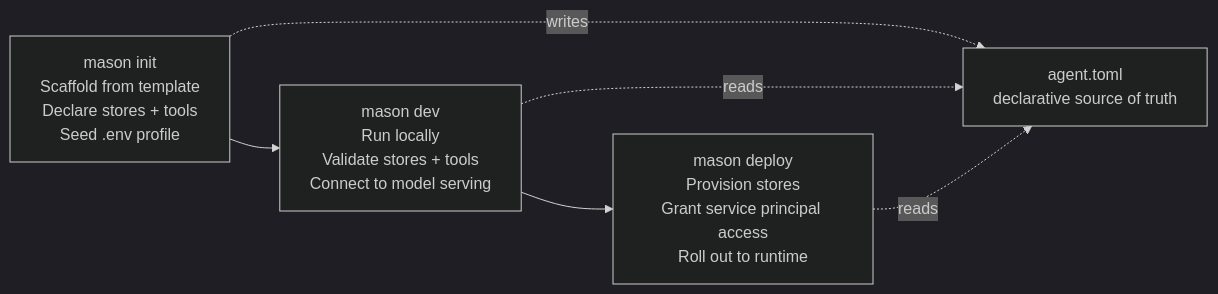
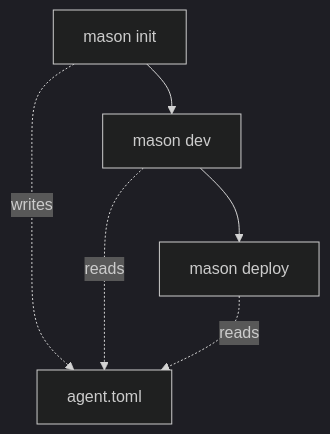
One commit to databricks/devhub changed the diagram in src/content/docs/agents/mason.md. Above: the diagram before and after it, drawn with Mermaid (dark theme). The commit also changed other lines of this file and 2 other files, not shown here.

Commit message:
Mason CLI page: simplify lifecycle diagram, fix label clipping, reword to Experimental
- Simplify the Mermaid lifecycle diagram to short command-name nodes in a
  vertical layout so labels fit.
- Fix Mermaid label clipping site-wide: render labels as SVG text
  (htmlLabels: false) and measure with the site font, so page prose CSS
  no longer inflates foreignObject labels past their box.
- Reword the preview callout from Private Preview to Experimental.
- Move the Mason page to first-after-overview in the Agent Bricks nav.

````diff
--- a/src/content/docs/agents/mason.md
+++ b/src/content/docs/agents/mason.md
@@ -34,12 +34,7 @@
 ```mermaid
-flowchart LR
-    Init["mason init<br/>Scaffold from template<br/>Declare stores + tools<br/>Seed .env profile"]
-    Dev["mason dev<br/>Run locally<br/>Validate stores + tools<br/>Connect to model serving"]
-    Deploy["mason deploy<br/>Provision stores<br/>Grant service principal access<br/>Roll out to runtime"]
-    Toml["agent.toml<br/>declarative source of truth"]
-
-    Init --> Dev --> Deploy
-    Init -.->|writes| Toml
+flowchart TB
+    Init["mason init"] --> Dev["mason dev"] --> Deploy["mason deploy"]
+    Init -.->|writes| Toml["agent.toml"]
     Dev -.->|reads| Toml
     Deploy -.->|reads| Toml
 ```
````
